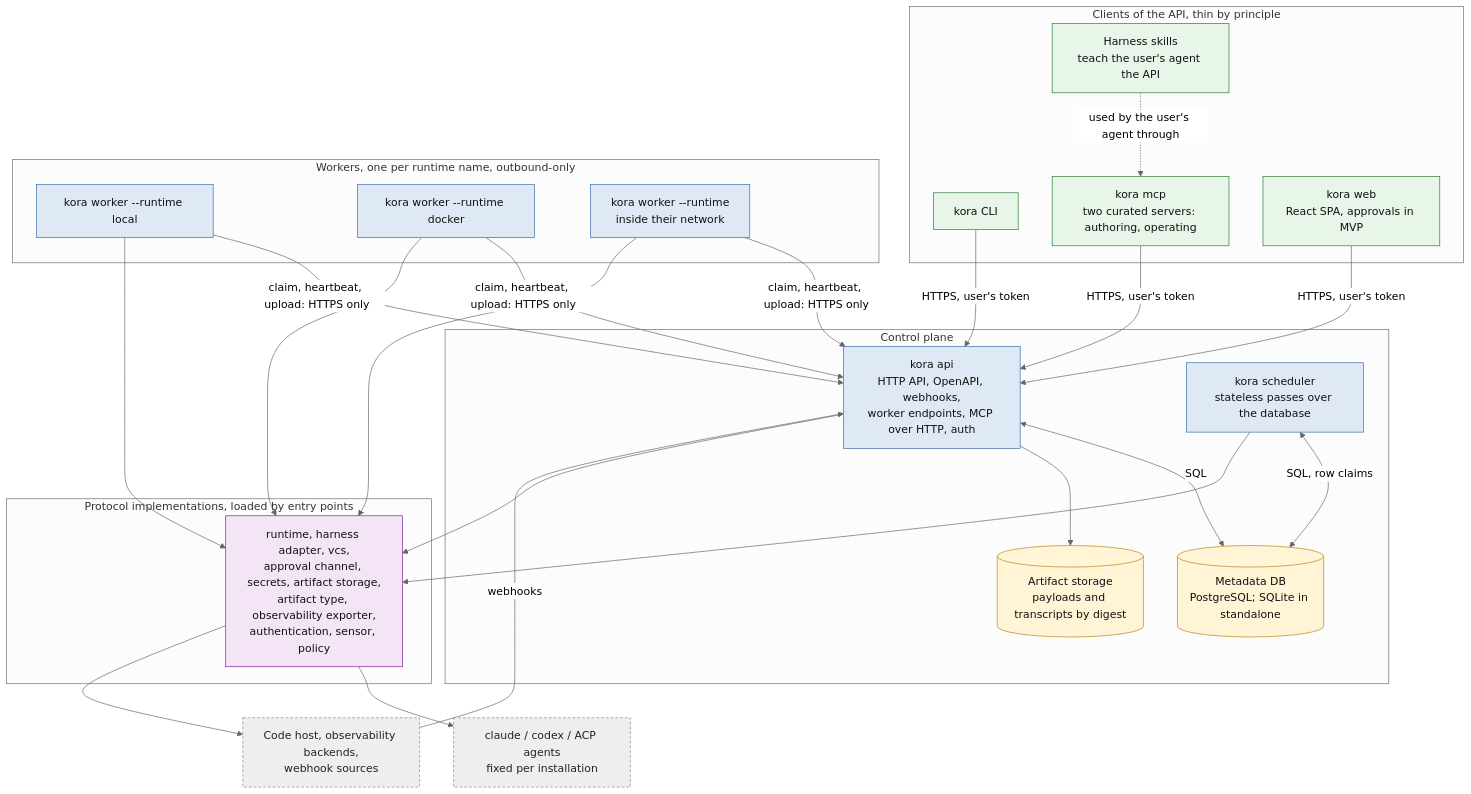
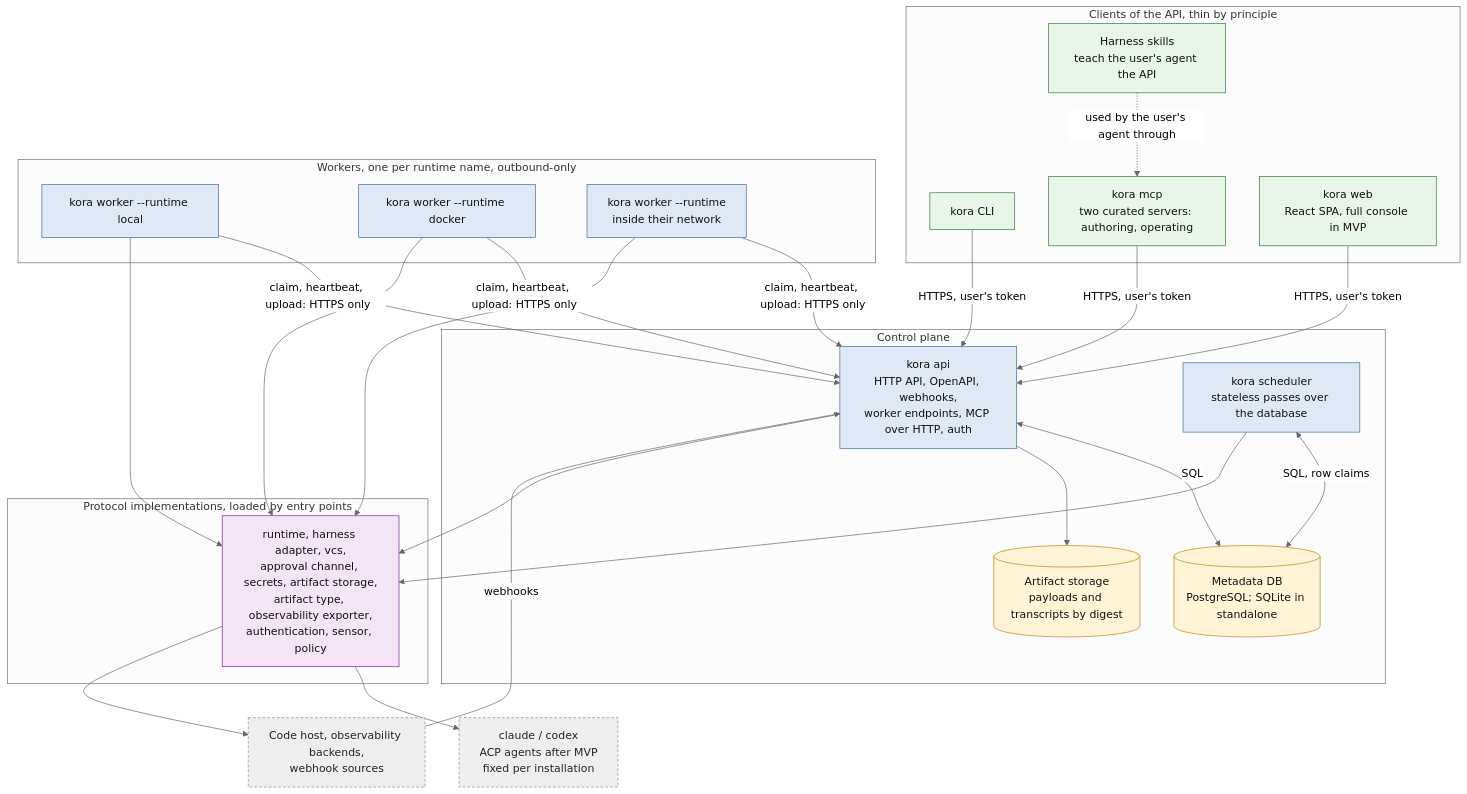
The second of 2 diagrams in docs/architecture.md (klukashka/kora), drawn with Mermaid (neutral theme) before and after one commit. The commit also changed other lines of this file and 45 other files, not shown here.

````diff
--- a/docs/architecture.md
+++ b/docs/architecture.md
@@ -45,45 +45,45 @@
 ```mermaid
 flowchart TB
     classDef proc fill:#dfe9f5,stroke:#3b6ea5,color:#111
     classDef store fill:#fff4d6,stroke:#b8860b,color:#111
     classDef client fill:#e8f5e9,stroke:#2e7d32,color:#111
     classDef plugin fill:#f3e5f5,stroke:#7b1fa2,color:#111
     classDef ext fill:#eeeeee,stroke:#888,color:#222,stroke-dasharray: 4 3
 
     subgraph clients [Clients of the API, thin by principle]
         CLI[kora CLI]:::client
         MCP[kora mcp<br/>two curated servers: authoring, operating]:::client
         SKILLS[Harness skills<br/>teach the user's agent the API]:::client
-        WEB[kora web<br/>React SPA, approvals in MVP]:::client
+        WEB[kora web<br/>React SPA, full console in MVP]:::client
     end
 
     subgraph cp [Control plane]
         API[kora api<br/>HTTP API, OpenAPI, webhooks,<br/>worker endpoints, MCP over HTTP, auth]:::proc
         SCHED[kora scheduler<br/>stateless passes over the database]:::proc
         DB[(Metadata DB<br/>PostgreSQL; SQLite in standalone)]:::store
         ART[(Artifact storage<br/>payloads and transcripts by digest)]:::store
     end
 
     subgraph workers [Workers, one per runtime name, outbound-only]
         W1[kora worker --runtime local]:::proc
         W2[kora worker --runtime docker]:::proc
         W3[kora worker --runtime <adopter's><br/>inside their network]:::proc
     end
 
     subgraph plugins [Protocol implementations, loaded by entry points]
         P1[runtime, harness adapter, vcs,<br/>approval channel, secrets, artifact storage,<br/>artifact type, observability exporter,<br/>authentication, sensor, policy]:::plugin
     end
 
-    HARN[claude / codex / ACP agents<br/>fixed per installation]:::ext
+    HARN[claude / codex<br/>ACP agents after MVP<br/>fixed per installation]:::ext
     EXT[Code host, observability backends,<br/>webhook sources]:::ext
 
     CLI & MCP & WEB -->|HTTPS, user's token| API
     SKILLS -.->|used by the user's agent through| MCP
     EXT -->|webhooks| API
     API <-->|SQL| DB
     SCHED <-->|SQL, row claims| DB
     API --> ART
     W1 & W2 & W3 -->|claim, heartbeat, upload: HTTPS only| API
     W1 & W2 & W3 --> P1 --> HARN
     API & SCHED --> P1 --> EXT
 ```
````
